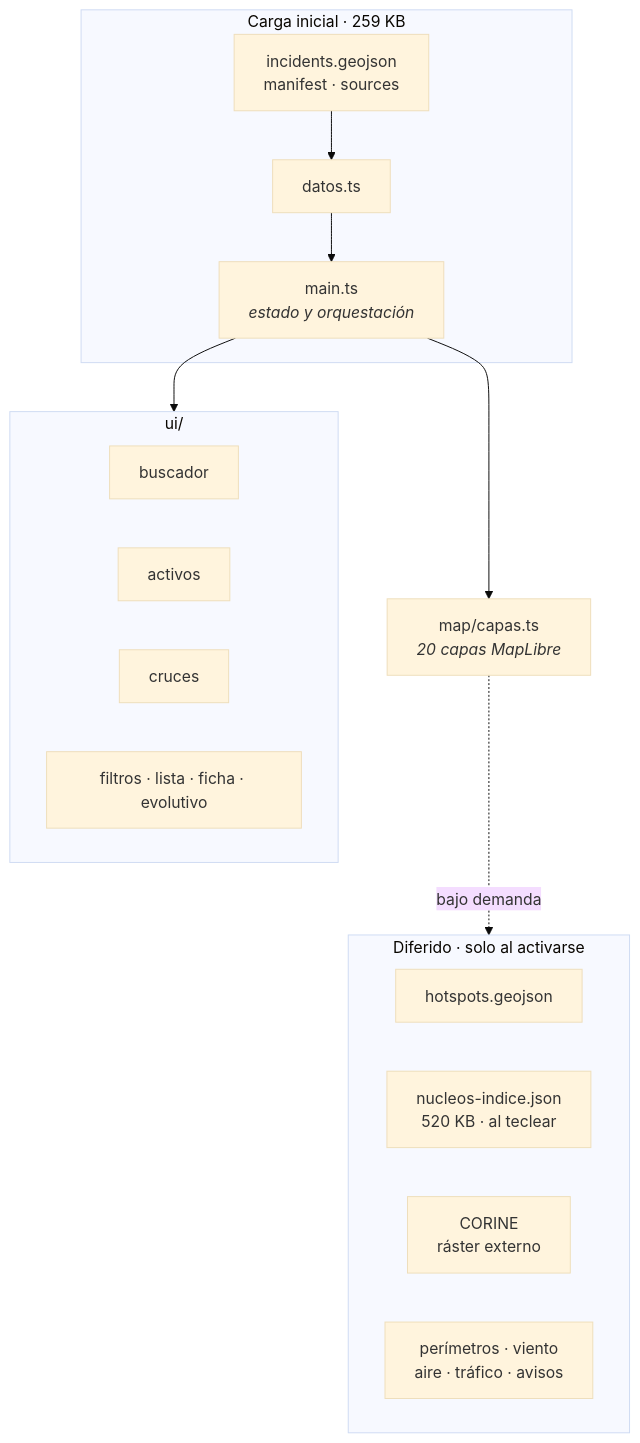
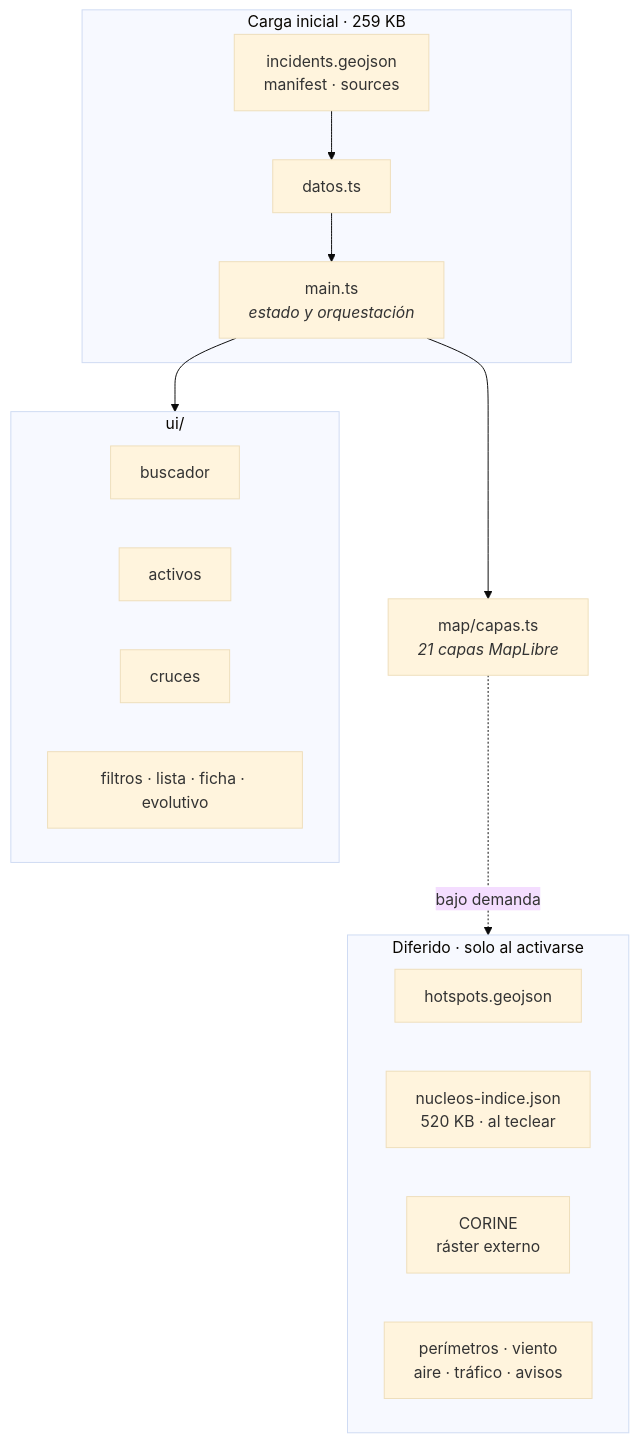
Before and after one commit to pedromaaz13/incendios_forestales_app: the third of 5 diagrams in docs/ARQUITECTURA.md, drawn with Mermaid (base theme). The commit also changed other lines of this file and 1 other file, not shown here.

````diff
--- a/docs/ARQUITECTURA.md
+++ b/docs/ARQUITECTURA.md
@@ -117,26 +117,26 @@
 ```mermaid
 flowchart TD
     subgraph carga["Carga inicial · 259 KB"]
         M["main.ts<br/><i>estado y orquestación</i>"]
         D["datos.ts"] --> M
         INC["incidents.geojson<br/>manifest · sources"] --> D
     end
 
     subgraph dif["Diferido · solo al activarse"]
         HOT["hotspots.geojson"]
         NUC["nucleos-indice.json<br/>520 KB · al teclear"]
         SUE["CORINE<br/>ráster externo"]
         OTR["perímetros · viento<br/>aire · tráfico · avisos"]
     end
 
     subgraph ui["ui/"]
         BUS["buscador"]
         ACT["activos"]
         CRU["cruces"]
         FIL["filtros · lista · ficha · evolutivo"]
     end
 
     M --> ui
-    M --> CAP["map/capas.ts<br/><i>20 capas MapLibre</i>"]
+    M --> CAP["map/capas.ts<br/><i>21 capas MapLibre</i>"]
     CAP -.->|"bajo demanda"| dif
 ```
````
